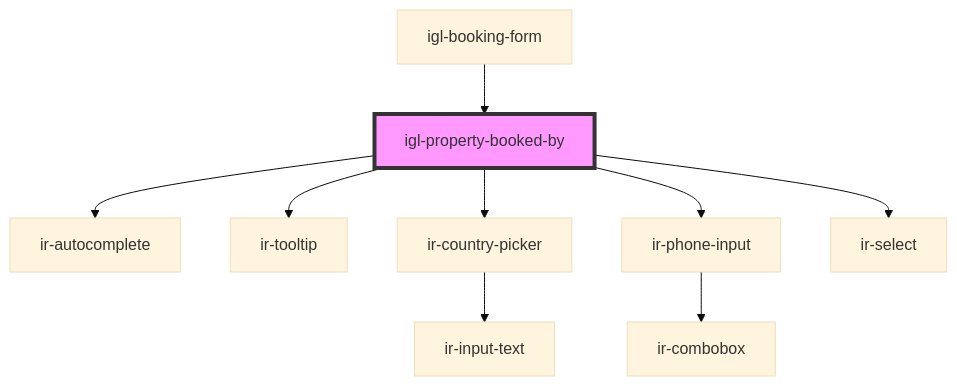
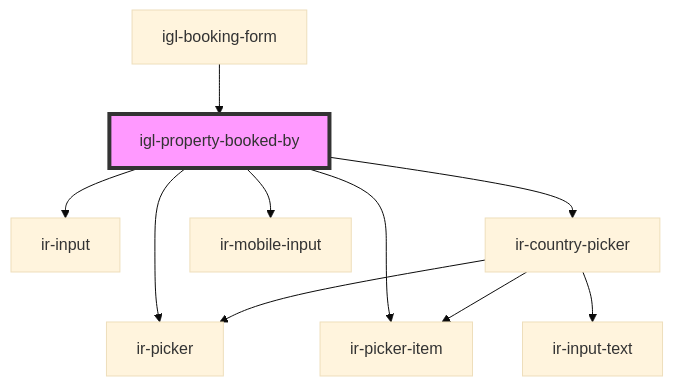
One commit to RonyRizk/ir-webcmp changed the diagram in src/components/igloo-calendar/igl-book-property/igl-booking-form/igl-property-booked-by/readme.md. Above: the diagram before and after it, drawn with Mermaid (base theme). The commit also changed other lines of this file and 433 other files, not shown here.

````diff
--- a/src/components/igloo-calendar/igl-book-property/igl-booking-form/igl-property-booked-by/readme.md
+++ b/src/components/igloo-calendar/igl-book-property/igl-booking-form/igl-property-booked-by/readme.md
@@ -41,12 +41,13 @@
 ```mermaid
 graph TD;
-  igl-property-booked-by --> ir-autocomplete
-  igl-property-booked-by --> ir-tooltip
+  igl-property-booked-by --> ir-picker
+  igl-property-booked-by --> ir-picker-item
+  igl-property-booked-by --> ir-input
   igl-property-booked-by --> ir-country-picker
-  igl-property-booked-by --> ir-phone-input
-  igl-property-booked-by --> ir-select
+  igl-property-booked-by --> ir-mobile-input
+  ir-country-picker --> ir-picker
+  ir-country-picker --> ir-picker-item
   ir-country-picker --> ir-input-text
-  ir-phone-input --> ir-combobox
   igl-booking-form --> igl-property-booked-by
   style igl-property-booked-by fill:#f9f,stroke:#333,stroke-width:4px
 ```
````
